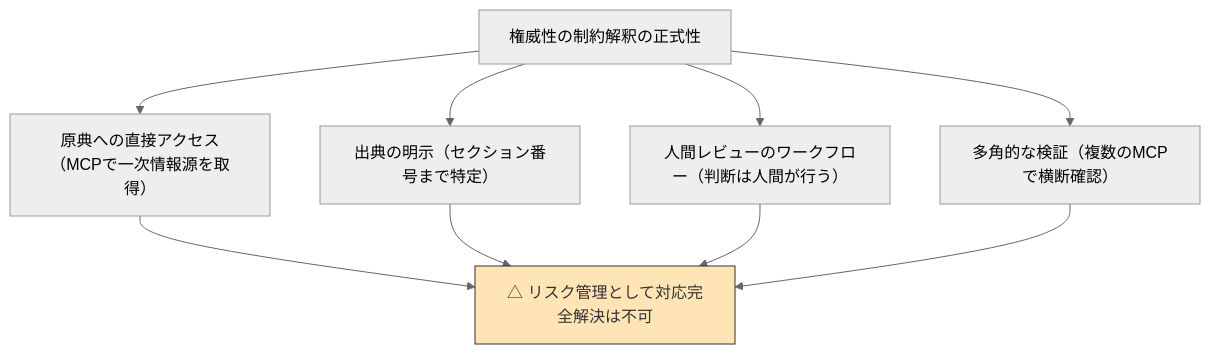
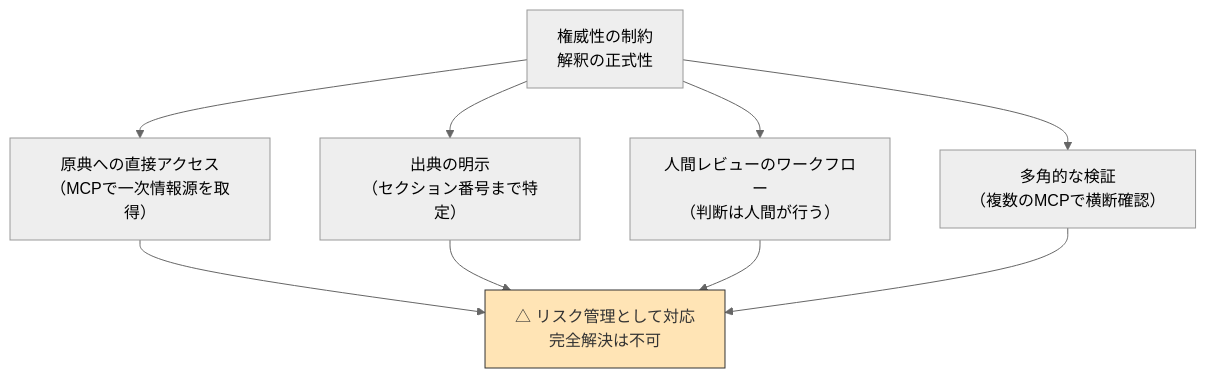
One commit to shuji-bonji/ai-agent-architecture changed the sixth of 10 diagrams in docs/ja/concepts/05-solving-ai-limitations.md. Above: the diagram before and after it, drawn with Mermaid (neutral theme). The commit also changed other lines of this file and 8 other files, not shown here.

````diff
--- a/docs/ja/concepts/05-solving-ai-limitations.md
+++ b/docs/ja/concepts/05-solving-ai-limitations.md
@@ -213,16 +213,16 @@
 ```mermaid
 flowchart TB
-    PROBLEM["権威性の制約<bn>解釈の正式性"]
+    PROBLEM["権威性の制約<br>解釈の正式性"]
 
-    PROBLEM --> DIRECT["原典への直接アクセス<bn>（MCPで一次情報源を取得）"]
-    PROBLEM --> CITE["出典の明示<bn>（セクション番号まで特定）"]
-    PROBLEM --> WORKFLOW["人間レビューのワークフロー<bn>（判断は人間が行う）"]
-    PROBLEM --> MULTI["多角的な検証<bn>（複数のMCPで横断確認）"]
+    PROBLEM --> DIRECT["原典への直接アクセス<br>（MCPで一次情報源を取得）"]
+    PROBLEM --> CITE["出典の明示<br>（セクション番号まで特定）"]
+    PROBLEM --> WORKFLOW["人間レビューのワークフロー<br>（判断は人間が行う）"]
+    PROBLEM --> MULTI["多角的な検証<br>（複数のMCPで横断確認）"]
 
-    DIRECT --> EVAL["△ リスク管理として対応<bn>完全解決は不可"]
+    DIRECT --> EVAL["△ リスク管理として対応<br>完全解決は不可"]
     CITE --> EVAL
     WORKFLOW --> EVAL
     MULTI --> EVAL
 
     style EVAL fill:#FFE4B5,color:#333,stroke:#333
 ```
````
